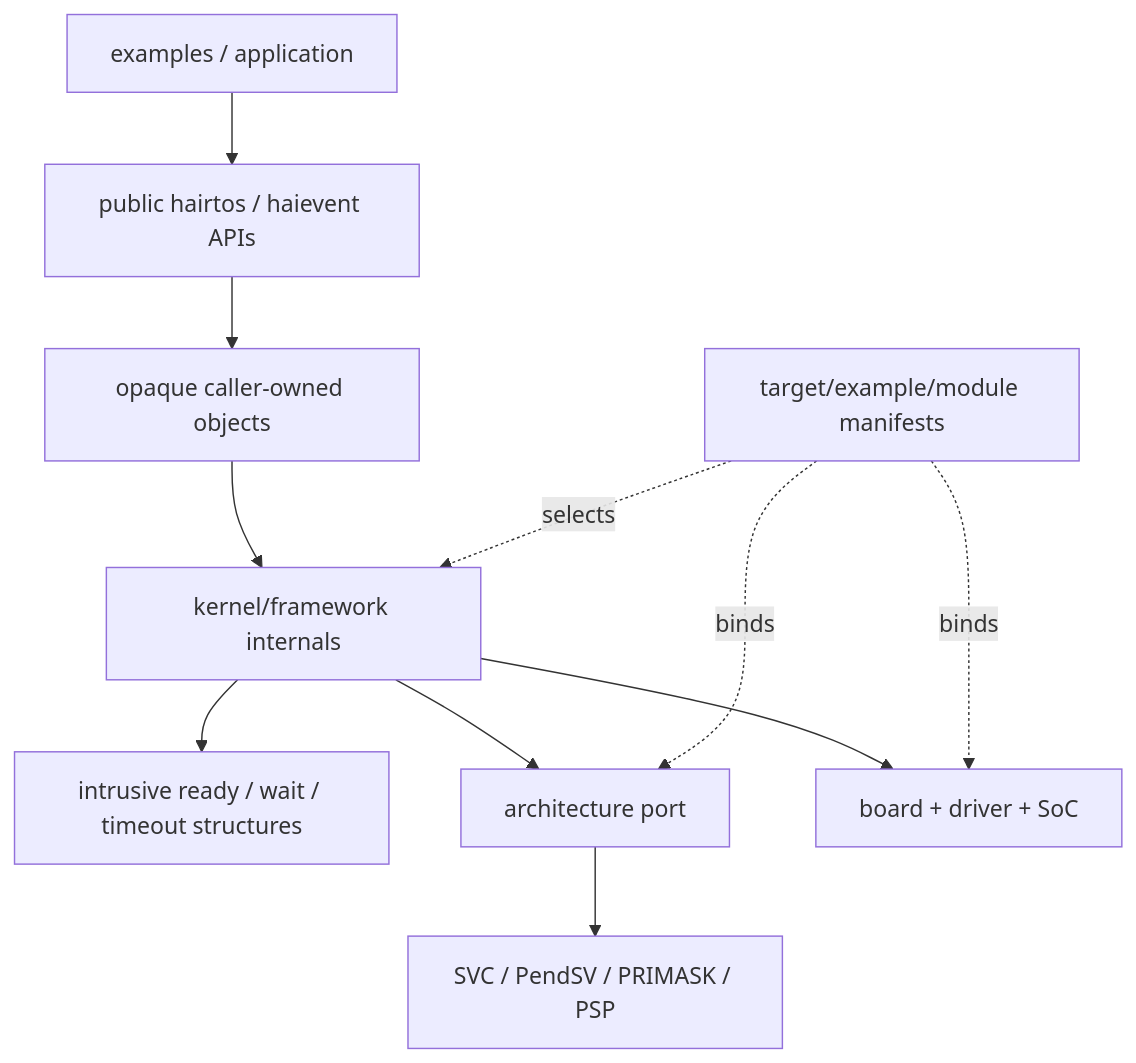
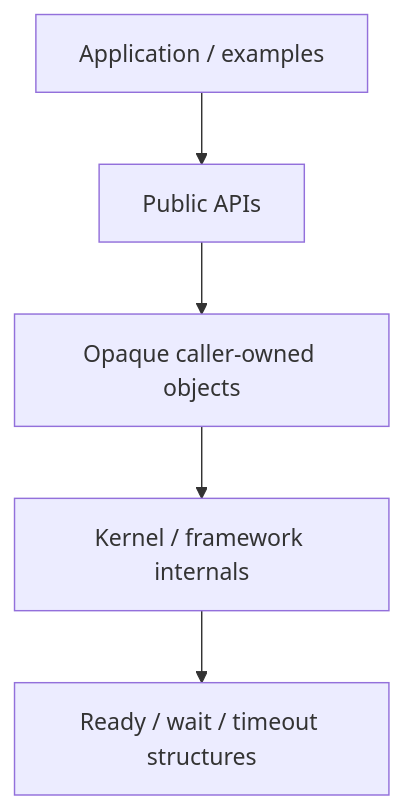
Before and after one commit to haikevins/hairtos: the first of 4 diagrams in docs/00-overview/project-analysis.md, drawn with Mermaid. The commit also changed other lines of this file and 82 other files, not shown here.

````diff
--- a/docs/00-overview/project-analysis.md
+++ b/docs/00-overview/project-analysis.md
@@ -25,13 +27,7 @@
 ```mermaid
-flowchart TD
-    APP["examples / application"] --> PUB["public hairtos / haievent APIs"]
-    PUB --> OBJ["opaque caller-owned objects"]
-    OBJ --> CORE["kernel/framework internals"]
-    CORE --> DS["intrusive ready / wait / timeout structures"]
-    CORE --> PORT["architecture port"]
-    PORT --> CM3["SVC / PendSV / PRIMASK / PSP"]
-    CORE --> PLAT["board + driver + SoC"]
-    CMAKE["target/example/module manifests"] -. selects .-> CORE
-    CMAKE -. binds .-> PORT
-    CMAKE -. binds .-> PLAT
+flowchart TB
+    APP["Application / examples"] --> PUB["Public APIs"]
+    PUB --> OBJ["Opaque caller-owned objects"]
+    OBJ --> CORE["Kernel / framework internals"]
+    CORE --> DS["Ready / wait / timeout structures"]
 ```
````
